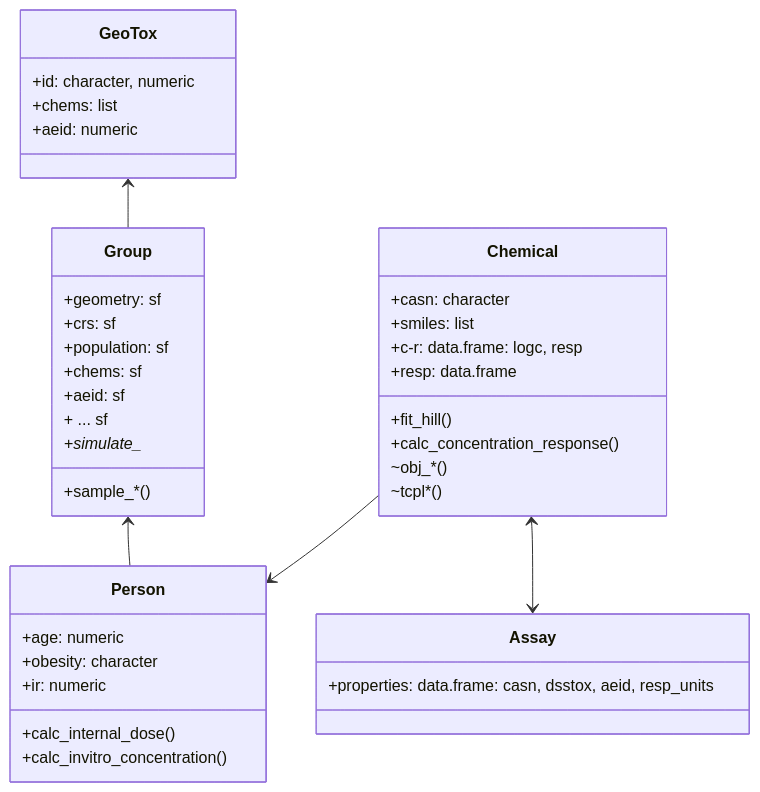
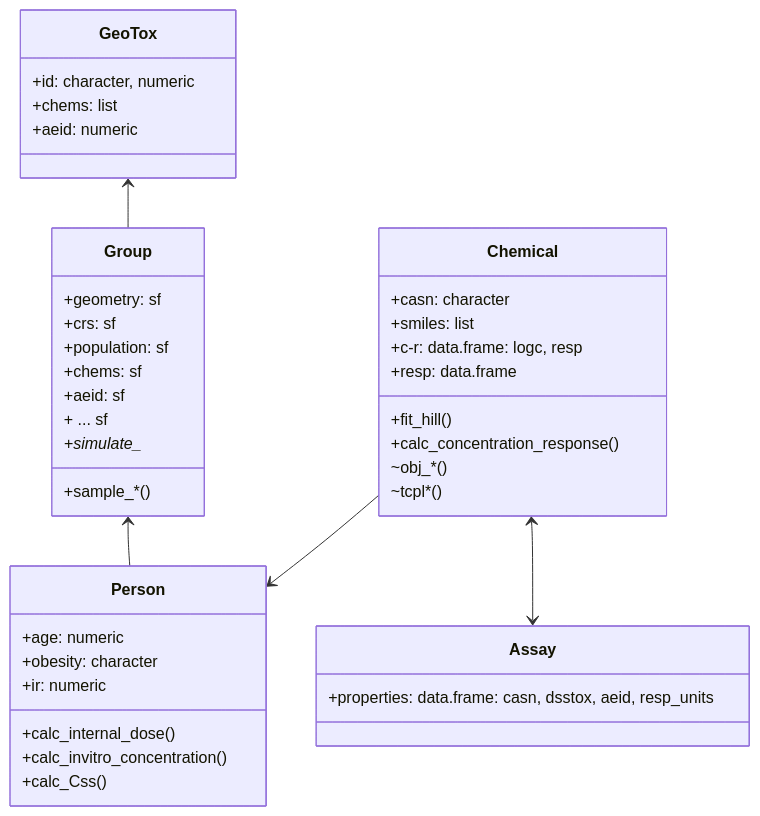
The diagram in objects.md (NIEHS/GeoTox), drawn with Mermaid before and after one commit.

````diff
--- a/objects.md
+++ b/objects.md
@@ -2,48 +2,49 @@
 ```mermaid
 classDiagram
     class GeoTox {
         +id: character, numeric
         +chems: list
         +aeid: numeric
     }
   
       class Group {
         +geometry: sf
         +crs: sf
         +population: sf
         +chems: sf
         +aeid: sf
         + ...  sf
         +sample_*()
         +simulate_*
     }
 
     class Person {
         +age: numeric
         +obesity: character
         +ir: numeric
         +calc_internal_dose()
         +calc_invitro_concentration()
+        +calc_Css()
     }
 
     class Chemical {
         +casn: character
         +smiles: list
         +c-r: data.frame: logc, resp
         +resp: data.frame
         +fit_hill()
         +calc_concentration_response()
         ~obj_*()
         ~tcpl*()
     }
 
     class Assay {
         +properties: data.frame: casn, dsstox, aeid, resp_units
     }
 
     GeoTox <-- Group
     Group <-- Person
     Chemical <--> Assay
     Chemical --> Person
 
 ```
````
